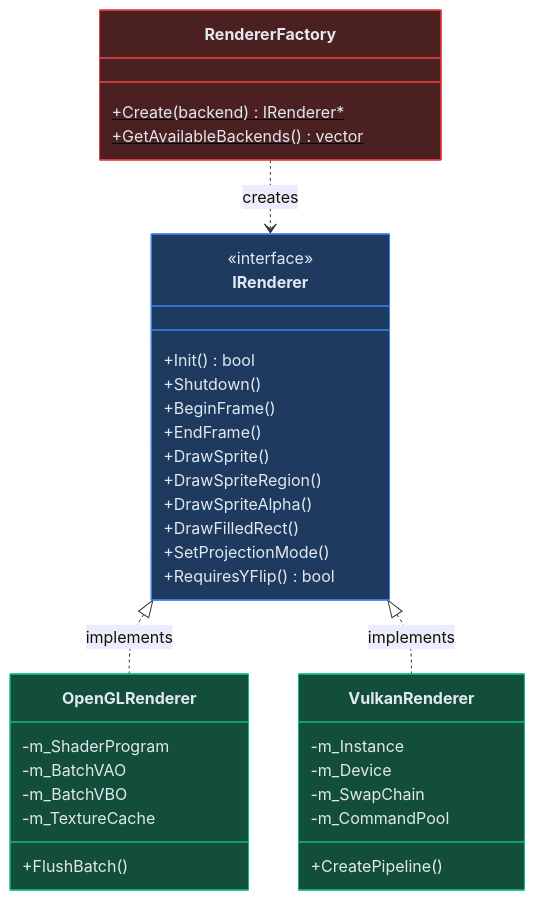
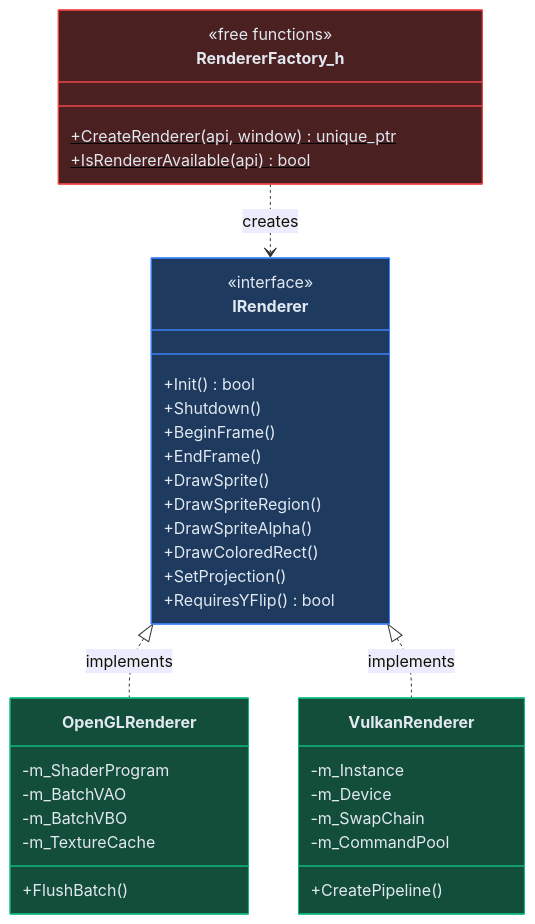
The sixth of 6 diagrams in docs/RENDERING.md (baaz777/rift), drawn with Mermaid before and after one commit. The commit also changed other lines of this file, not shown here.

```diff
--- a/docs/RENDERING.md
+++ b/docs/RENDERING.md
@@ -747,46 +778,47 @@
 <pre class="mermaid">
 classDiagram
     class IRenderer {
         <<interface>>
         +Init() bool
         +Shutdown()
         +BeginFrame()
         +EndFrame()
         +DrawSprite()
         +DrawSpriteRegion()
         +DrawSpriteAlpha()
-        +DrawFilledRect()
-        +SetProjectionMode()
+        +DrawColoredRect()
+        +SetProjection()
         +RequiresYFlip() bool
     }
 
     class OpenGLRenderer {
         -m_ShaderProgram
         -m_BatchVAO
         -m_BatchVBO
         -m_TextureCache
         +FlushBatch()
     }
 
     class VulkanRenderer {
         -m_Instance
         -m_Device
         -m_SwapChain
         -m_CommandPool
         +CreatePipeline()
     }
 
-    class RendererFactory {
-        +Create(backend)$ IRenderer*
-        +GetAvailableBackends()$ vector
+    class RendererFactory_h {
+        <<free functions>>
+        +CreateRenderer(api, window)$ unique_ptr
+        +IsRendererAvailable(api)$ bool
     }
 
     IRenderer <|.. OpenGLRenderer : implements
     IRenderer <|.. VulkanRenderer : implements
-    RendererFactory ..> IRenderer : creates
+    RendererFactory_h ..> IRenderer : creates
 
     style IRenderer fill:#1e3a5f,stroke:#3b82f6,color:#e2e8f0
     style OpenGLRenderer fill:#134e3a,stroke:#10b981,color:#e2e8f0
     style VulkanRenderer fill:#134e3a,stroke:#10b981,color:#e2e8f0
-    style RendererFactory fill:#4a2020,stroke:#ef4444,color:#e2e8f0
+    style RendererFactory_h fill:#4a2020,stroke:#ef4444,color:#e2e8f0
 </pre>
```
